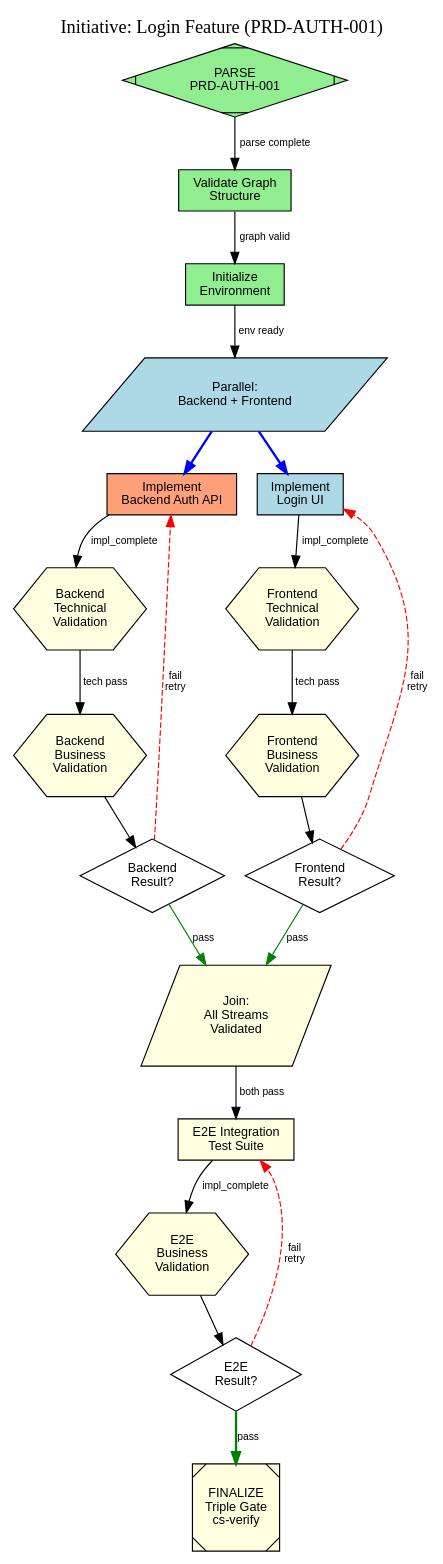
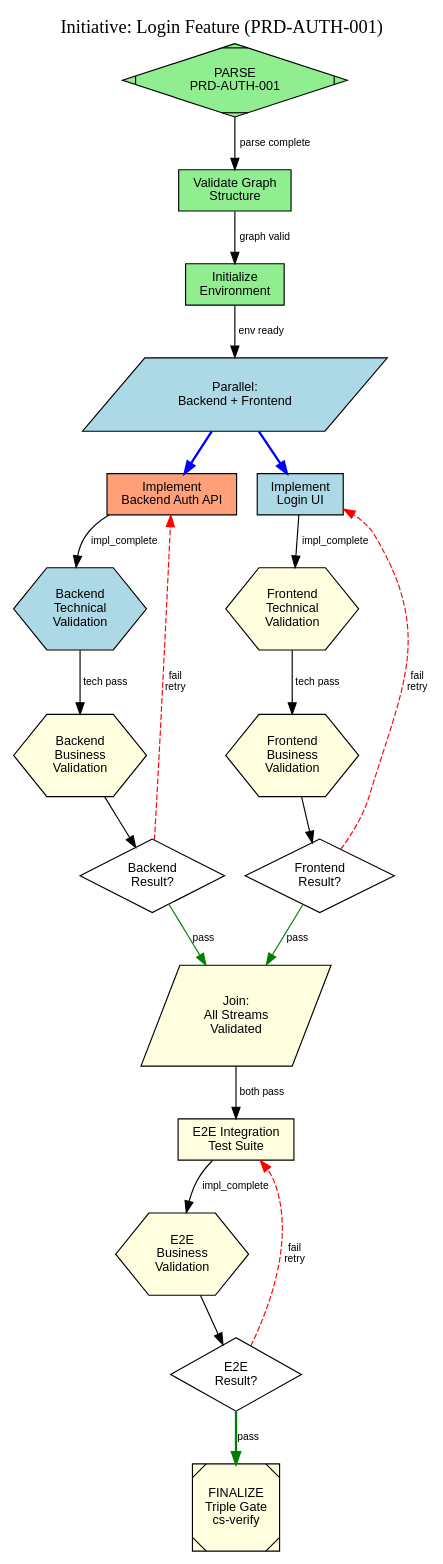
The diagram in .claude/attractor/examples/full-initiative.dot (bjornslib/claude-code-harness), drawn with Graphviz before and after one commit. The commit also changed 157 other files, not shown here.

```diff
--- a/.claude/attractor/examples/full-initiative.dot
+++ b/.claude/attractor/examples/full-initiative.dot
@@ -115,9 +115,9 @@
         mode="technical"
         bead_id="AT-10-TECH"
         promise_ac="AC-1"
-        status="pending"
+        status="active"
         style=filled
-        fillcolor=lightyellow
+        fillcolor="lightblue"
     ];
 
     impl_backend -> validate_backend_tech [label="impl_complete"];
```
